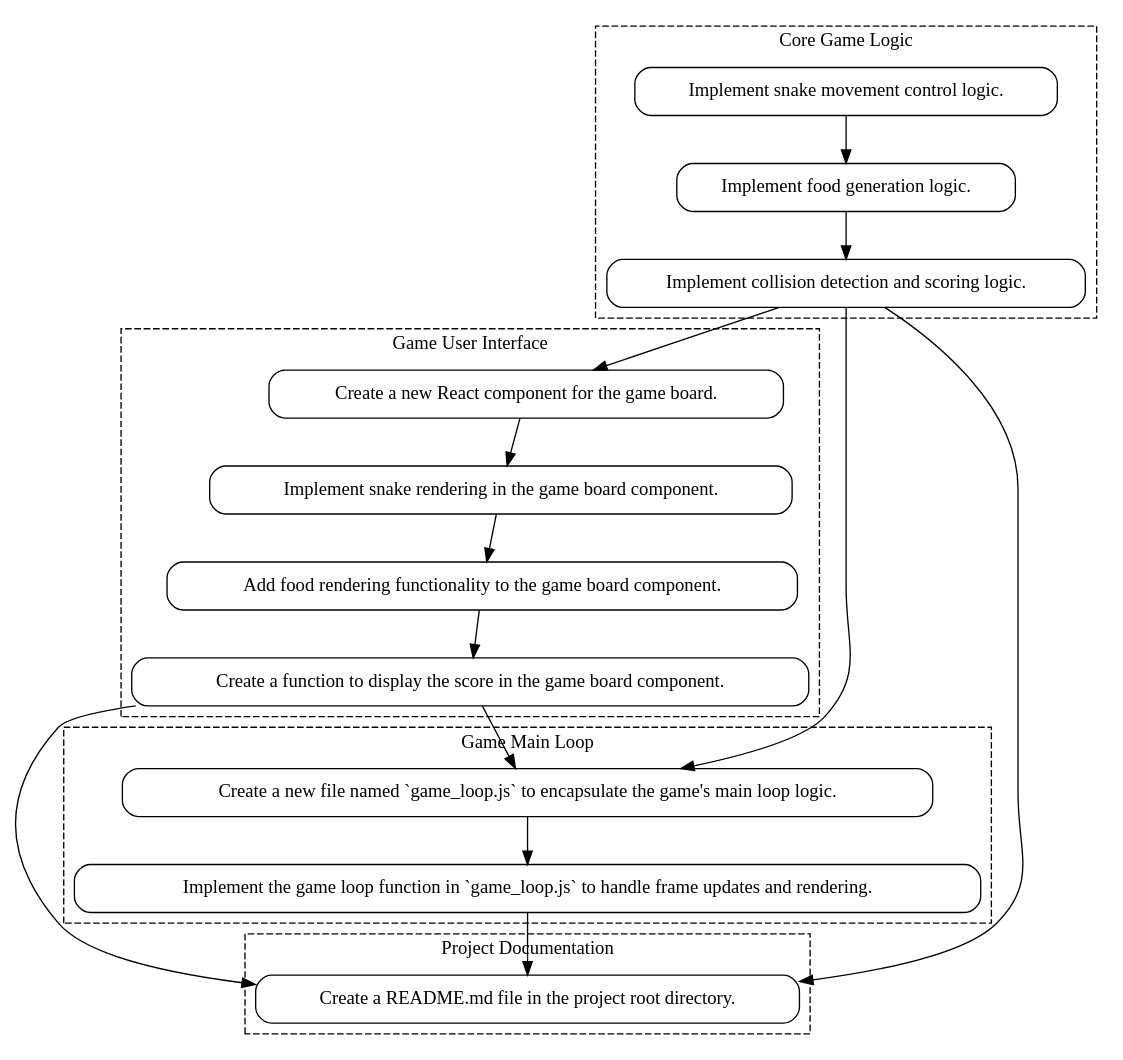
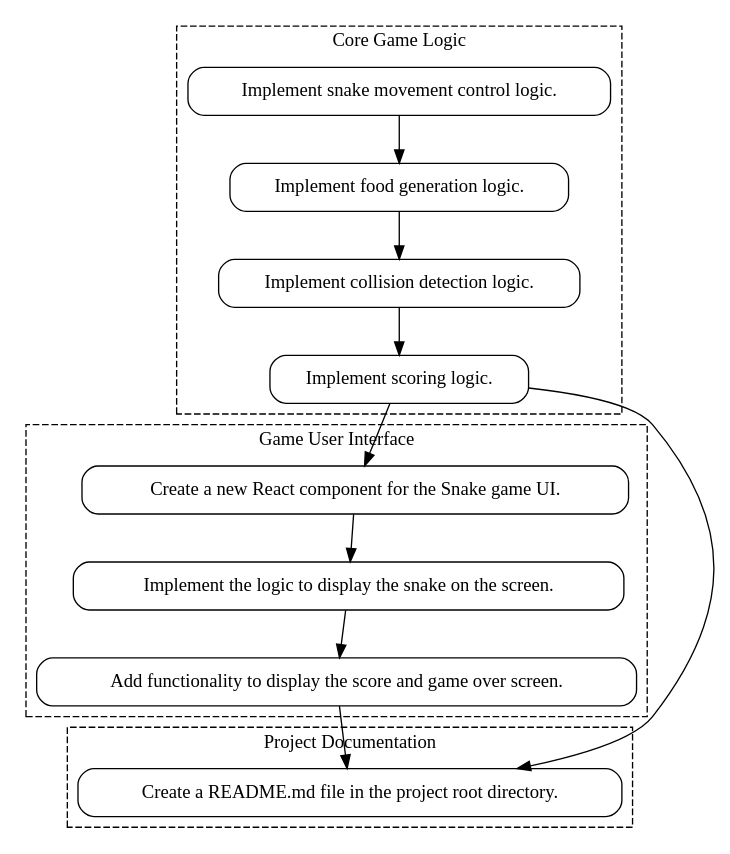
Before and after one commit to pojeesahil/Kaizen: the diagram in work/DAG/dag_flow.dot, drawn with Graphviz. The commit also changed 8 other files, not shown here.

```diff
--- a/work/DAG/dag_flow.dot
+++ b/work/DAG/dag_flow.dot
@@ -1,42 +1,32 @@
 digraph DAGPlan {
 rankdir = "TB";
 node [shape = box, style = rounded];
-subgraph cluster_coreLogic_a6ae79 {
+subgraph cluster_coreLogic_5083b1 {
 label="Core Game Logic";
 style=dashed;
-        coreLogic_a6ae79_t1_2c4dbb [label="Implement snake movement control logic."];
-        coreLogic_a6ae79_t2_dedd9d [label="Implement food generation logic."];
-        coreLogic_a6ae79_t3_944761 [label="Implement collision detection and scoring logic."];
+        coreLogic_5083b1_t1_9f6dc3 [label="Implement snake movement control logic."];
+        coreLogic_5083b1_t2_b15221 [label="Implement food generation logic."];
+        coreLogic_5083b1_t3_686b0b [label="Implement collision detection logic."];
+        coreLogic_5083b1_t4_b835bc [label="Implement scoring logic."];
 }
-subgraph cluster_gameUi_0ff351 {
+subgraph cluster_gameUi_832f05 {
 label="Game User Interface";
 style=dashed;
-        gameUi_0ff351_t1_50d335 [label="Create a new React component for the game board."];
-        gameUi_0ff351_t2_dd85d6 [label="Implement snake rendering in the game board component."];
-        gameUi_0ff351_t3_59a347 [label="Add food rendering functionality to the game board component."];
-        gameUi_0ff351_t4_827141 [label="Create a function to display the score in the game board component."];
+        gameUi_832f05_t1_88f00f [label="Create a new React component for the Snake game UI."];
+        gameUi_832f05_t2_7dead7 [label="Implement the logic to display the snake on the screen."];
+        gameUi_832f05_t3_ec02a2 [label="Add functionality to display the score and game over screen."];
 }
-subgraph cluster_mainLoop_735ece {
-label="Game Main Loop";
-style=dashed;
-        mainLoop_735ece_t1_a6c466 [label="Create a new file named `game_loop.js` to encapsulate the game's main loop logic."];
-        mainLoop_735ece_t2_e536c7 [label="Implement the game loop function in `game_loop.js` to handle frame updates and rendering."];
-}
-subgraph cluster_readme_48bd61 {
+subgraph cluster_readme_c307e9 {
 label="Project Documentation";
 style=dashed;
-        readme_48bd61_t1_dcee23 [label="Create a README.md file in the project root directory."];
+        readme_c307e9_t1_77c810 [label="Create a README.md file in the project root directory."];
 }
-    coreLogic_a6ae79_t1_2c4dbb -> coreLogic_a6ae79_t2_dedd9d;
-    coreLogic_a6ae79_t2_dedd9d -> coreLogic_a6ae79_t3_944761;
-    coreLogic_a6ae79_t3_944761 -> gameUi_0ff351_t1_50d335;
-    gameUi_0ff351_t1_50d335 -> gameUi_0ff351_t2_dd85d6;
-    gameUi_0ff351_t2_dd85d6 -> gameUi_0ff351_t3_59a347;
-    gameUi_0ff351_t3_59a347 -> gameUi_0ff351_t4_827141;
-    coreLogic_a6ae79_t3_944761 -> mainLoop_735ece_t1_a6c466;
-    gameUi_0ff351_t4_827141 -> mainLoop_735ece_t1_a6c466;
-    mainLoop_735ece_t1_a6c466 -> mainLoop_735ece_t2_e536c7;
-    coreLogic_a6ae79_t3_944761 -> readme_48bd61_t1_dcee23;
-    gameUi_0ff351_t4_827141 -> readme_48bd61_t1_dcee23;
-    mainLoop_735ece_t2_e536c7 -> readme_48bd61_t1_dcee23;
+    coreLogic_5083b1_t1_9f6dc3 -> coreLogic_5083b1_t2_b15221;
+    coreLogic_5083b1_t2_b15221 -> coreLogic_5083b1_t3_686b0b;
+    coreLogic_5083b1_t3_686b0b -> coreLogic_5083b1_t4_b835bc;
+    coreLogic_5083b1_t4_b835bc -> gameUi_832f05_t1_88f00f;
+    gameUi_832f05_t1_88f00f -> gameUi_832f05_t2_7dead7;
+    gameUi_832f05_t2_7dead7 -> gameUi_832f05_t3_ec02a2;
+    coreLogic_5083b1_t4_b835bc -> readme_c307e9_t1_77c810;
+    gameUi_832f05_t3_ec02a2 -> readme_c307e9_t1_77c810;
 }
```
